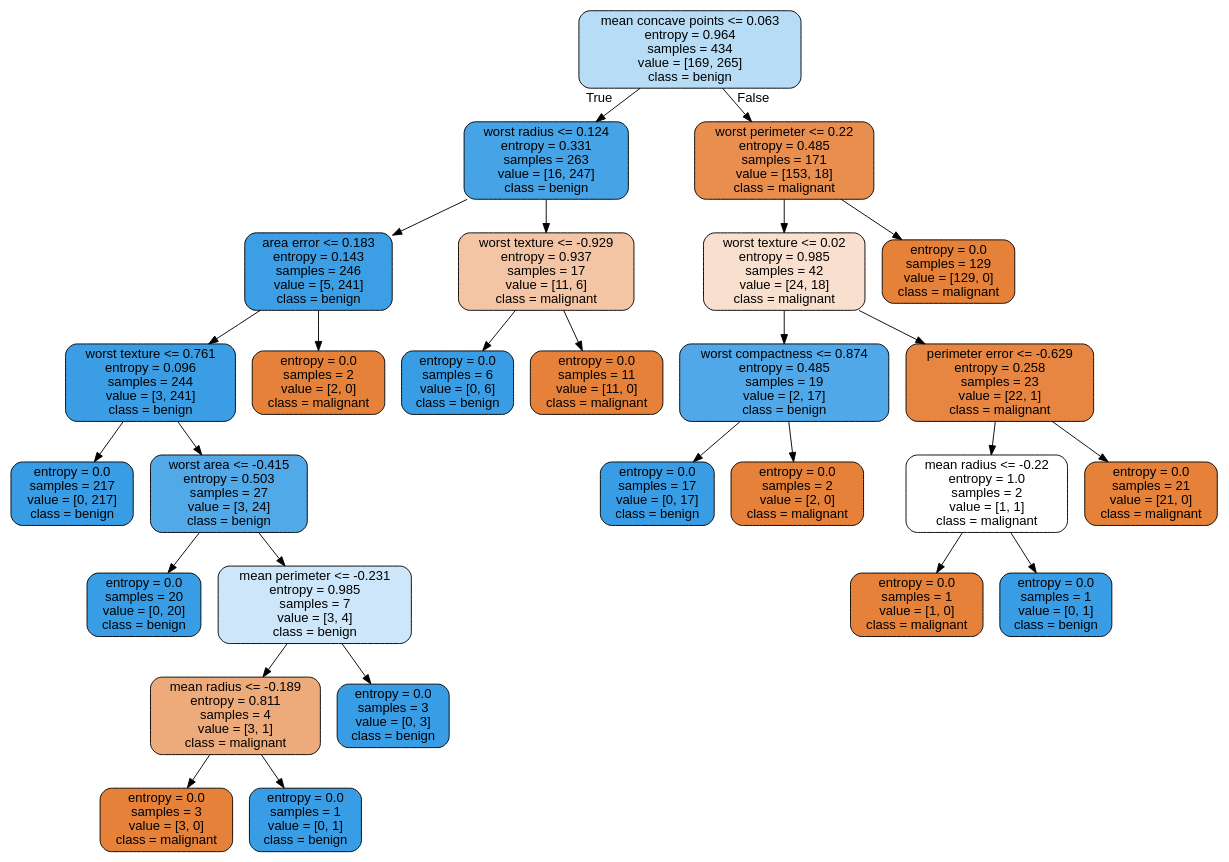
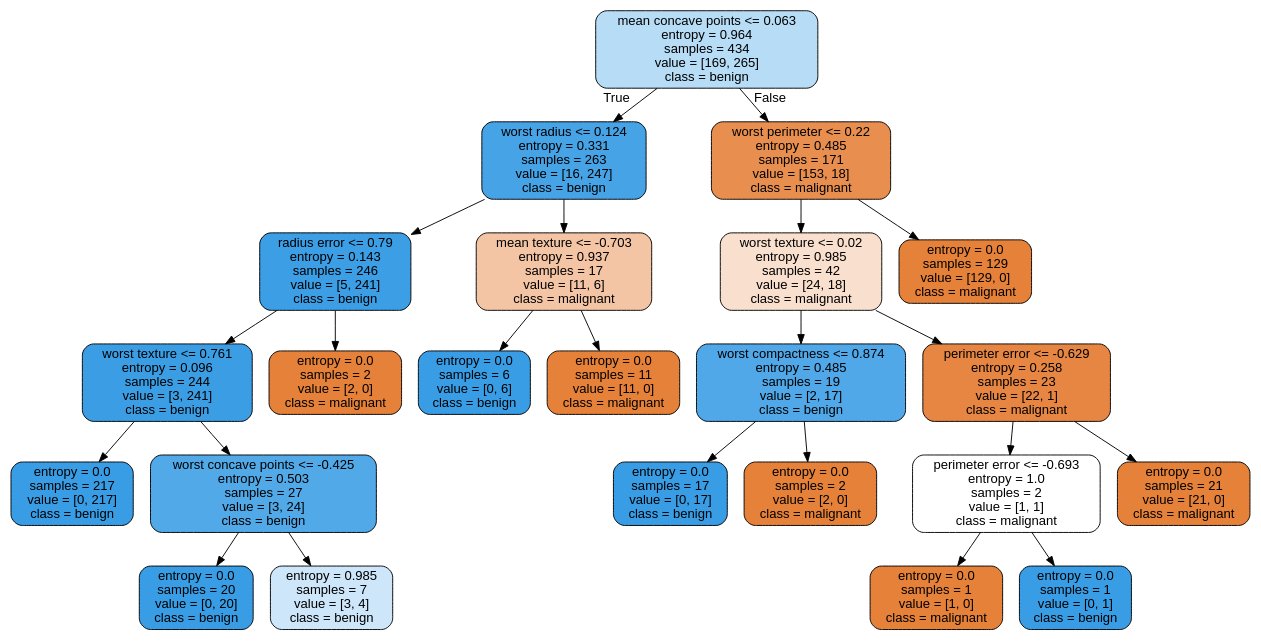
One commit to ahadimuhsin/credit-card-fraud-detection changed the diagram in tree_breast_cancer_enn.dot. Above: the diagram before and after it, drawn with Graphviz. The commit also changed 31 other files, not shown here.

```diff
--- a/tree_breast_cancer_enn.dot
+++ b/tree_breast_cancer_enn.dot
@@ -1,57 +1,49 @@
 digraph Tree {
 node [shape=box, style="filled, rounded", color="black", fontname=helvetica] ;
 edge [fontname=helvetica] ;
 0 [label="mean concave points <= 0.063\nentropy = 0.964\nsamples = 434\nvalue = [169, 265]\nclass = benign", fillcolor="#399de55c"] ;
 1 [label="worst radius <= 0.124\nentropy = 0.331\nsamples = 263\nvalue = [16, 247]\nclass = benign", fillcolor="#399de5ee"] ;
 0 -> 1 [labeldistance=2.5, labelangle=45, headlabel="True"] ;
-2 [label="area error <= 0.183\nentropy = 0.143\nsamples = 246\nvalue = [5, 241]\nclass = benign", fillcolor="#399de5fa"] ;
+2 [label="radius error <= 0.79\nentropy = 0.143\nsamples = 246\nvalue = [5, 241]\nclass = benign", fillcolor="#399de5fa"] ;
 1 -> 2 ;
 3 [label="worst texture <= 0.761\nentropy = 0.096\nsamples = 244\nvalue = [3, 241]\nclass = benign", fillcolor="#399de5fc"] ;
 2 -> 3 ;
 4 [label="entropy = 0.0\nsamples = 217\nvalue = [0, 217]\nclass = benign", fillcolor="#399de5ff"] ;
 3 -> 4 ;
-5 [label="worst area <= -0.415\nentropy = 0.503\nsamples = 27\nvalue = [3, 24]\nclass = benign", fillcolor="#399de5df"] ;
+5 [label="worst concave points <= -0.425\nentropy = 0.503\nsamples = 27\nvalue = [3, 24]\nclass = benign", fillcolor="#399de5df"] ;
 3 -> 5 ;
 6 [label="entropy = 0.0\nsamples = 20\nvalue = [0, 20]\nclass = benign", fillcolor="#399de5ff"] ;
 5 -> 6 ;
-7 [label="mean perimeter <= -0.231\nentropy = 0.985\nsamples = 7\nvalue = [3, 4]\nclass = benign", fillcolor="#399de540"] ;
+7 [label="entropy = 0.985\nsamples = 7\nvalue = [3, 4]\nclass = benign", fillcolor="#399de540"] ;
 5 -> 7 ;
-8 [label="mean radius <= -0.189\nentropy = 0.811\nsamples = 4\nvalue = [3, 1]\nclass = malignant", fillcolor="#e58139aa"] ;
-7 -> 8 ;
-9 [label="entropy = 0.0\nsamples = 3\nvalue = [3, 0]\nclass = malignant", fillcolor="#e58139ff"] ;
-8 -> 9 ;
-10 [label="entropy = 0.0\nsamples = 1\nvalue = [0, 1]\nclass = benign", fillcolor="#399de5ff"] ;
-8 -> 10 ;
-11 [label="entropy = 0.0\nsamples = 3\nvalue = [0, 3]\nclass = benign", fillcolor="#399de5ff"] ;
-7 -> 11 ;
-12 [label="entropy = 0.0\nsamples = 2\nvalue = [2, 0]\nclass = malignant", fillcolor="#e58139ff"] ;
-2 -> 12 ;
-13 [label="worst texture <= -0.929\nentropy = 0.937\nsamples = 17\nvalue = [11, 6]\nclass = malignant", fillcolor="#e5813974"] ;
-1 -> 13 ;
-14 [label="entropy = 0.0\nsamples = 6\nvalue = [0, 6]\nclass = benign", fillcolor="#399de5ff"] ;
+8 [label="entropy = 0.0\nsamples = 2\nvalue = [2, 0]\nclass = malignant", fillcolor="#e58139ff"] ;
+2 -> 8 ;
+9 [label="mean texture <= -0.703\nentropy = 0.937\nsamples = 17\nvalue = [11, 6]\nclass = malignant", fillcolor="#e5813974"] ;
+1 -> 9 ;
+10 [label="entropy = 0.0\nsamples = 6\nvalue = [0, 6]\nclass = benign", fillcolor="#399de5ff"] ;
+9 -> 10 ;
+11 [label="entropy = 0.0\nsamples = 11\nvalue = [11, 0]\nclass = malignant", fillcolor="#e58139ff"] ;
+9 -> 11 ;
+12 [label="worst perimeter <= 0.22\nentropy = 0.485\nsamples = 171\nvalue = [153, 18]\nclass = malignant", fillcolor="#e58139e1"] ;
+0 -> 12 [labeldistance=2.5, labelangle=-45, headlabel="False"] ;
+13 [label="worst texture <= 0.02\nentropy = 0.985\nsamples = 42\nvalue = [24, 18]\nclass = malignant", fillcolor="#e5813940"] ;
+12 -> 13 ;
+14 [label="worst compactness <= 0.874\nentropy = 0.485\nsamples = 19\nvalue = [2, 17]\nclass = benign", fillcolor="#399de5e1"] ;
 13 -> 14 ;
-15 [label="entropy = 0.0\nsamples = 11\nvalue = [11, 0]\nclass = malignant", fillcolor="#e58139ff"] ;
-13 -> 15 ;
-16 [label="worst perimeter <= 0.22\nentropy = 0.485\nsamples = 171\nvalue = [153, 18]\nclass = malignant", fillcolor="#e58139e1"] ;
-0 -> 16 [labeldistance=2.5, labelangle=-45, headlabel="False"] ;
-17 [label="worst texture <= 0.02\nentropy = 0.985\nsamples = 42\nvalue = [24, 18]\nclass = malignant", fillcolor="#e5813940"] ;
-16 -> 17 ;
-18 [label="worst compactness <= 0.874\nentropy = 0.485\nsamples = 19\nvalue = [2, 17]\nclass = benign", fillcolor="#399de5e1"] ;
+15 [label="entropy = 0.0\nsamples = 17\nvalue = [0, 17]\nclass = benign", fillcolor="#399de5ff"] ;
+14 -> 15 ;
+16 [label="entropy = 0.0\nsamples = 2\nvalue = [2, 0]\nclass = malignant", fillcolor="#e58139ff"] ;
+14 -> 16 ;
+17 [label="perimeter error <= -0.629\nentropy = 0.258\nsamples = 23\nvalue = [22, 1]\nclass = malignant", fillcolor="#e58139f3"] ;
+13 -> 17 ;
+18 [label="perimeter error <= -0.693\nentropy = 1.0\nsamples = 2\nvalue = [1, 1]\nclass = malignant", fillcolor="#e5813900"] ;
 17 -> 18 ;
-19 [label="entropy = 0.0\nsamples = 17\nvalue = [0, 17]\nclass = benign", fillcolor="#399de5ff"] ;
+19 [label="entropy = 0.0\nsamples = 1\nvalue = [1, 0]\nclass = malignant", fillcolor="#e58139ff"] ;
 18 -> 19 ;
-20 [label="entropy = 0.0\nsamples = 2\nvalue = [2, 0]\nclass = malignant", fillcolor="#e58139ff"] ;
+20 [label="entropy = 0.0\nsamples = 1\nvalue = [0, 1]\nclass = benign", fillcolor="#399de5ff"] ;
 18 -> 20 ;
-21 [label="perimeter error <= -0.629\nentropy = 0.258\nsamples = 23\nvalue = [22, 1]\nclass = malignant", fillcolor="#e58139f3"] ;
+21 [label="entropy = 0.0\nsamples = 21\nvalue = [21, 0]\nclass = malignant", fillcolor="#e58139ff"] ;
 17 -> 21 ;
-22 [label="mean radius <= -0.22\nentropy = 1.0\nsamples = 2\nvalue = [1, 1]\nclass = malignant", fillcolor="#e5813900"] ;
-21 -> 22 ;
-23 [label="entropy = 0.0\nsamples = 1\nvalue = [1, 0]\nclass = malignant", fillcolor="#e58139ff"] ;
-22 -> 23 ;
-24 [label="entropy = 0.0\nsamples = 1\nvalue = [0, 1]\nclass = benign", fillcolor="#399de5ff"] ;
-22 -> 24 ;
-25 [label="entropy = 0.0\nsamples = 21\nvalue = [21, 0]\nclass = malignant", fillcolor="#e58139ff"] ;
-21 -> 25 ;
-26 [label="entropy = 0.0\nsamples = 129\nvalue = [129, 0]\nclass = malignant", fillcolor="#e58139ff"] ;
-16 -> 26 ;
+22 [label="entropy = 0.0\nsamples = 129\nvalue = [129, 0]\nclass = malignant", fillcolor="#e58139ff"] ;
+12 -> 22 ;
 }
```
